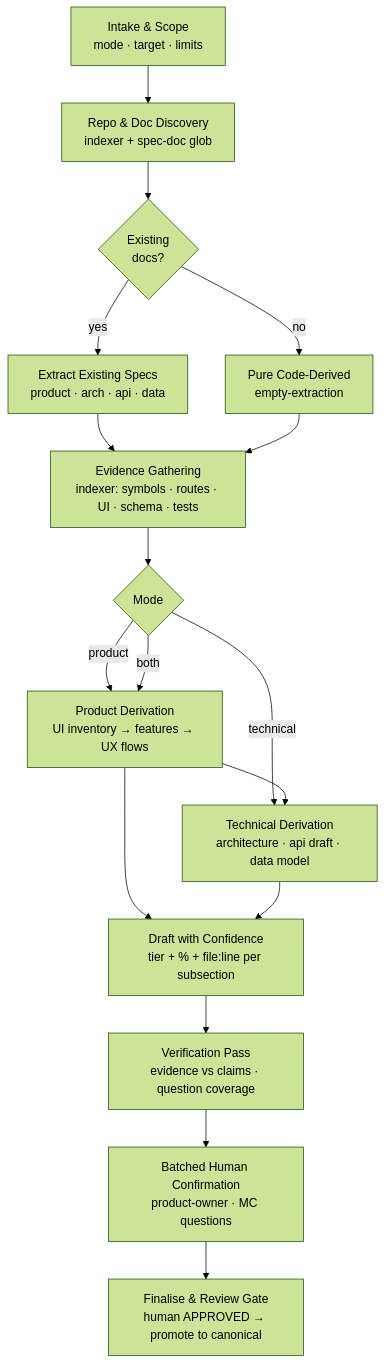
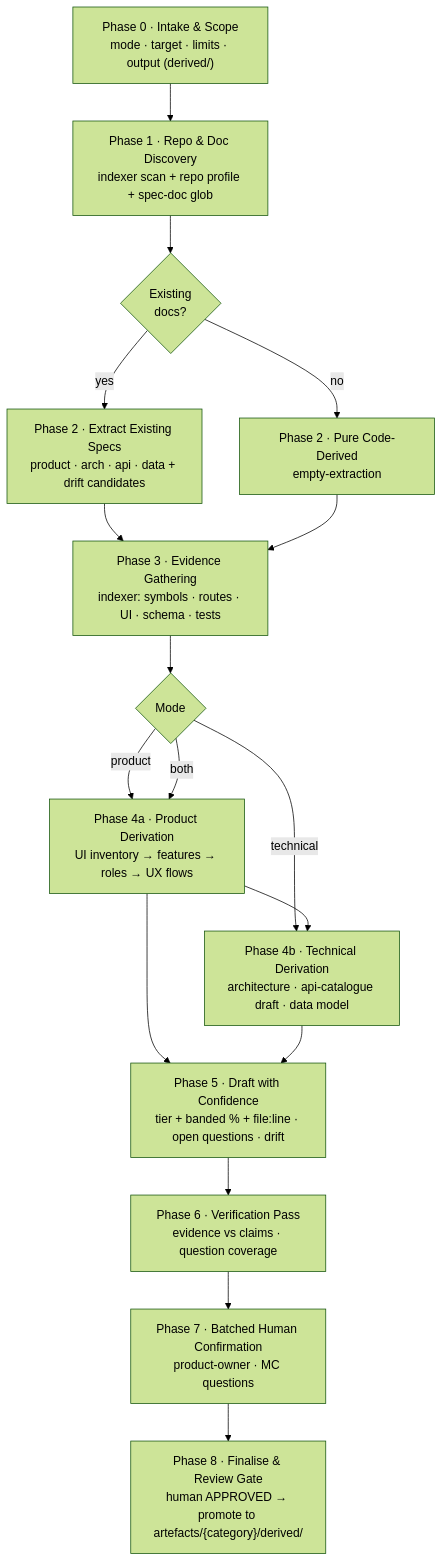
Before and after one commit to Schmoiger/start-here: the seventh of 12 diagrams in context/workflows/README.md, drawn with Mermaid (forest theme). The commit also changed other lines of this file and 1 other file, not shown here.

First line of the commit message:
docs(spec): record A1-A4 decisions, add T-016..T-020, phase-align diagrams

````diff
--- a/context/workflows/README.md
+++ b/context/workflows/README.md
@@ -217,30 +217,30 @@
 ```mermaid
 flowchart TD
-    A["`Intake & Scope
-mode · target · limits`"] --> B["`Repo & Doc Discovery
-indexer + spec-doc glob`"]
+    A["`Phase 0 · Intake & Scope
+mode · target · limits · output (derived/)`"] --> B["`Phase 1 · Repo & Doc Discovery
+indexer scan + repo profile + spec-doc glob`"]
     B --> C{"`Existing
 docs?`"}
-    C -- yes --> D["`Extract Existing Specs
-product · arch · api · data`"]
-    C -- no --> E["`Pure Code-Derived
+    C -- yes --> D["`Phase 2 · Extract Existing Specs
+product · arch · api · data + drift candidates`"]
+    C -- no --> E["`Phase 2 · Pure Code-Derived
 empty-extraction`"]
-    D --> F["`Evidence Gathering
+    D --> F["`Phase 3 · Evidence Gathering
 indexer: symbols · routes · UI · schema · tests`"]
     E --> F
     F --> G{"Mode"}
-    G -- product --> H["`Product Derivation
-UI inventory → features → UX flows`"]
-    G -- technical --> I["`Technical Derivation
-architecture · api draft · data model`"]
+    G -- product --> H["`Phase 4a · Product Derivation
+UI inventory → features → roles → UX flows`"]
+    G -- technical --> I["`Phase 4b · Technical Derivation
+architecture · api-catalogue draft · data model`"]
     G -- both --> H --> I
-    H --> J["`Draft with Confidence
-tier + % + file:line per subsection`"]
+    H --> J["`Phase 5 · Draft with Confidence
+tier + banded % + file:line · open questions · drift`"]
     I --> J
-    J --> K["`Verification Pass
+    J --> K["`Phase 6 · Verification Pass
 evidence vs claims · question coverage`"]
-    K --> L["`Batched Human Confirmation
+    K --> L["`Phase 7 · Batched Human Confirmation
 product-owner · MC questions`"]
-    L --> M["`Finalise & Review Gate
-human APPROVED → promote to canonical`"]
+    L --> M["`Phase 8 · Finalise & Review Gate
+human APPROVED → promote to artefacts/{category}/derived/`"]
 ```
````
